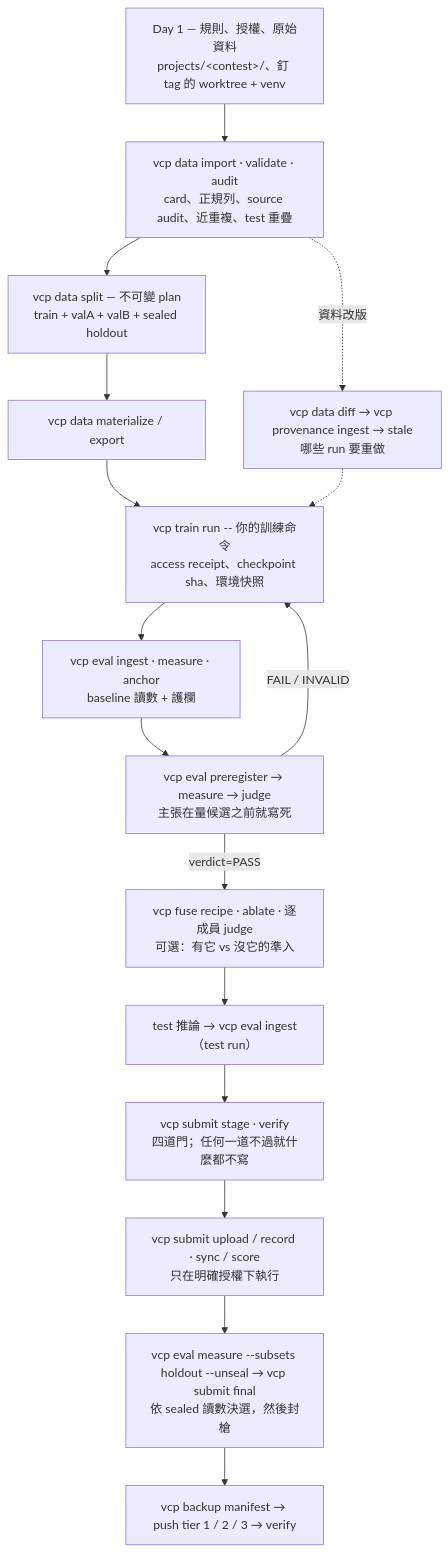
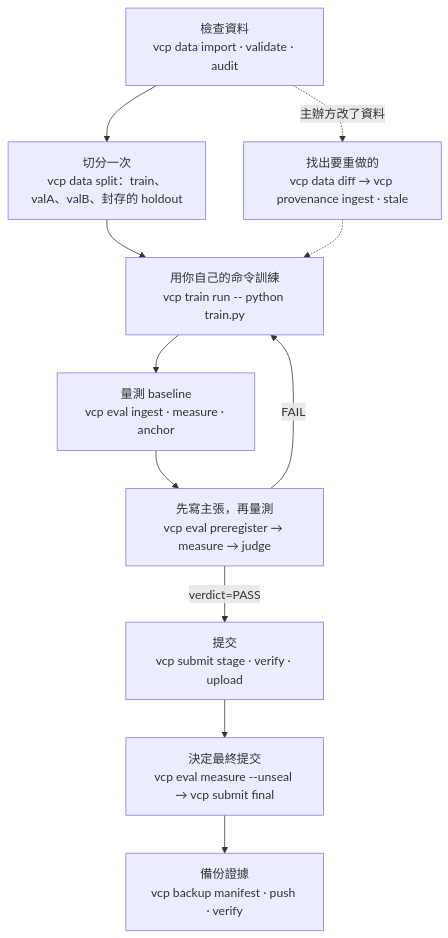
Before and after one commit to eric20041027/Vision-contest-pipeline: the diagram in README.zh-TW.md, drawn with Mermaid. The commit also changed other lines of this file and 11 other files, not shown here.

````diff
--- a/README.zh-TW.md
+++ b/README.zh-TW.md
@@ -90,18 +137,13 @@
 ```mermaid
 flowchart TD
-    A["Day 1 — 規則、授權、原始資料<br/>projects/&lt;contest&gt;/、釘 tag 的 worktree + venv"] --> B["vcp data import · validate · audit<br/>card、正規列、source audit、近重複、test 重疊"]
-    B --> C["vcp data split — 不可變 plan<br/>train + valA + valB + sealed holdout"]
-    C --> D["vcp data materialize / export"]
-    D --> E["vcp train run -- 你的訓練命令<br/>access receipt、checkpoint sha、環境快照"]
-    E --> F["vcp eval ingest · measure · anchor<br/>baseline 讀數 + 護欄"]
-    F --> G["vcp eval preregister → measure → judge<br/>主張在量候選之前就寫死"]
-    G -- "verdict=PASS" --> H["vcp fuse recipe · ablate · 逐成員 judge<br/>可選：有它 vs 沒它的準入"]
-    G -- "FAIL / INVALID" --> E
-    H --> I["test 推論 → vcp eval ingest（test run）"]
-    I --> J["vcp submit stage · verify<br/>四道門；任何一道不過就什麼都不寫"]
-    J --> K["vcp submit upload / record · sync / score<br/>只在明確授權下執行"]
-    K --> L["vcp eval measure --subsets holdout --unseal → vcp submit final<br/>依 sealed 讀數決選，然後封槍"]
-    L --> M["vcp backup manifest → push tier 1 / 2 / 3 → verify"]
-    B -. "資料改版" .-> N["vcp data diff → vcp provenance ingest → stale<br/>哪些 run 要重做"]
-    N -.-> E
+    A["檢查資料<br/>vcp data import · validate · audit"] --> B["切分一次<br/>vcp data split：train、valA、valB、封存的 holdout"]
+    B --> C["用你自己的命令訓練<br/>vcp train run -- python train.py"]
+    C --> D["量測 baseline<br/>vcp eval ingest · measure · anchor"]
+    D --> E["先寫主張，再量測<br/>vcp eval preregister → measure → judge"]
+    E -- "verdict=PASS" --> F["提交<br/>vcp submit stage · verify · upload"]
+    E -- "FAIL" --> C
+    F --> G["決定最終提交<br/>vcp eval measure --unseal → vcp submit final"]
+    G --> H["備份證據<br/>vcp backup manifest · push · verify"]
+    A -. "主辦方改了資料" .-> I["找出要重做的<br/>vcp data diff → vcp provenance ingest · stale"]
+    I -.-> C
 ```
````
